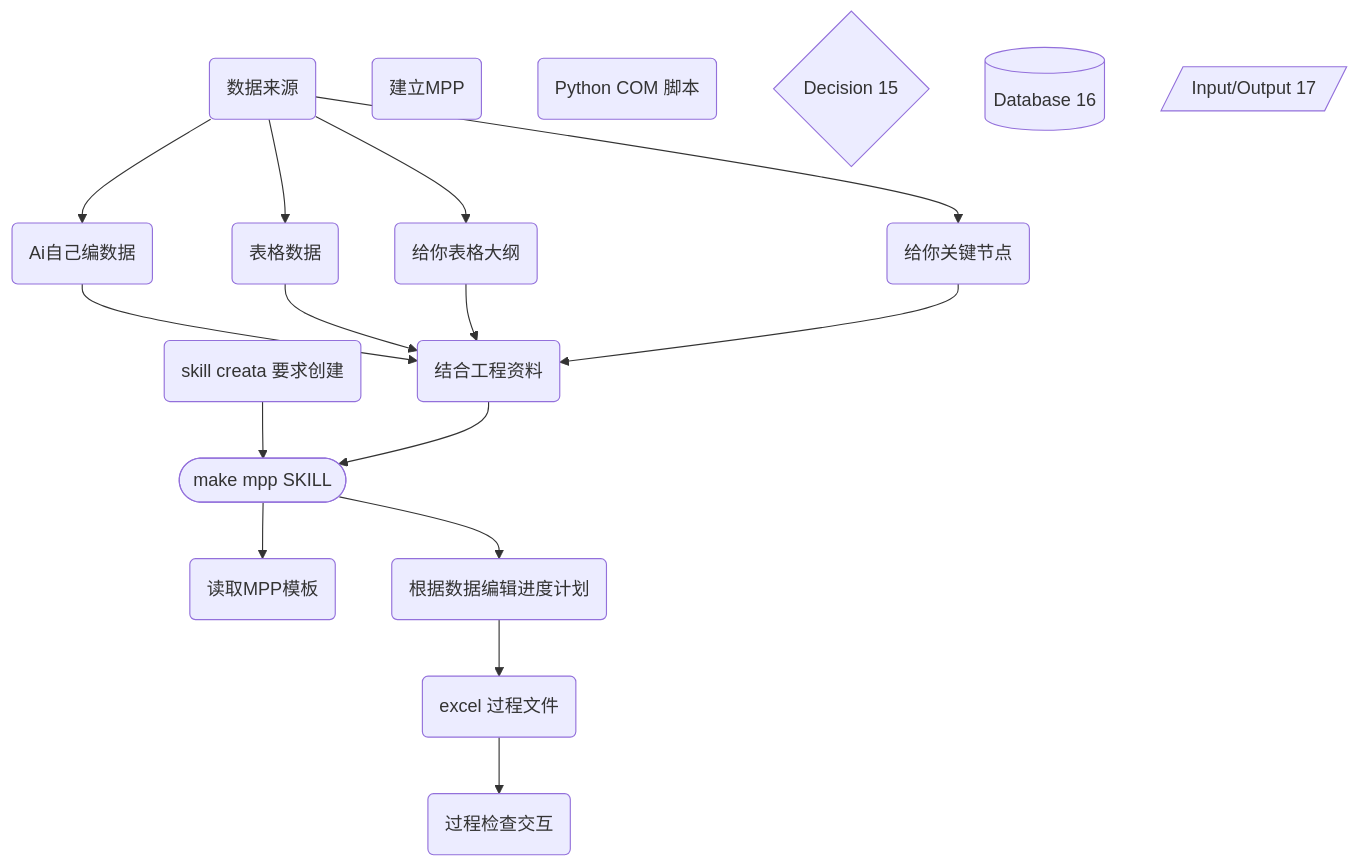
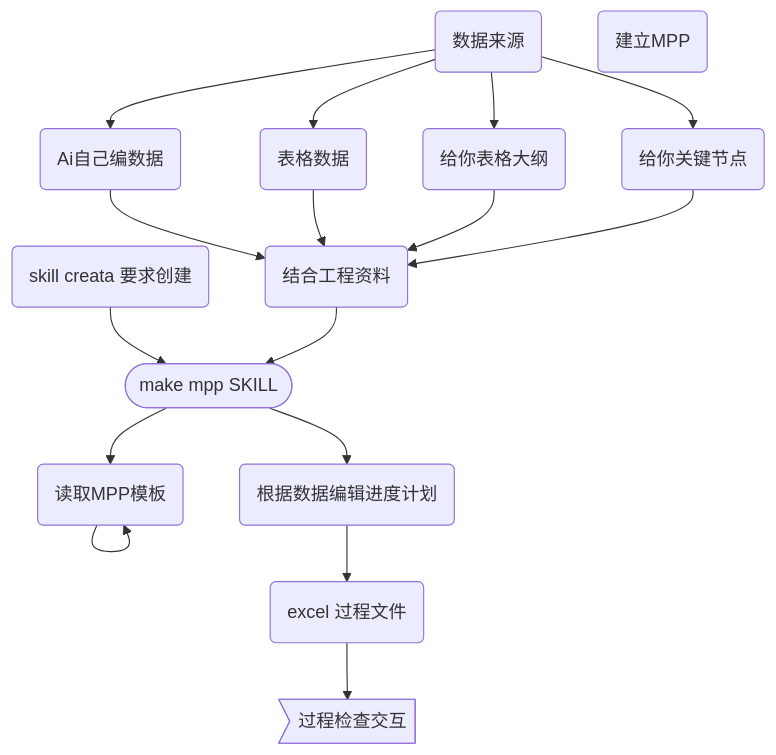
One commit to fireflysss/mermaid-notes changed the diagram in notes/进度MMP skill (local)_289c8ca6-dc65-4f5d-8e6f-773a3c6cc0dc.md. Above: the diagram before and after it, drawn with Mermaid. The commit also changed 3 other files, not shown here.

Commit message:
Sync Mermaid Studio data (11 diagrams)

````diff
--- a/notes/进度MMP skill (local)_289c8ca6-dc65-4f5d-8e6f-773a3c6cc0dc.md
+++ b/notes/进度MMP skill (local)_289c8ca6-dc65-4f5d-8e6f-773a3c6cc0dc.md
@@ -3,35 +3,32 @@
 ```mermaid
 flowchart TD
   n_0(["make mpp SKILL"])
   n_1("数据来源")
   n_2("skill  creata 要求创建")
   n_3("Ai自己编数据")
   n_4("表格数据")
   n_5("建立MPP")
   n_6("读取MPP模板")
-  n_7("Python COM 脚本")
-  n_8("给你表格大纲")
-  n_9("给你关键节点")
-  n_10("结合工程资料")
-  n_11("excel 过程文件")
-  n_12("根据数据编辑进度计划")
-  n_13("过程检查交互")
-  n_14{"Decision 15"}
-  n_15[("Database 16")]
-  n_16[/"Input/Output 17"/]
+  n_7("给你表格大纲")
+  n_8("给你关键节点")
+  n_9("结合工程资料")
+  n_10("excel 过程文件")
+  n_11("根据数据编辑进度计划")
+  n_12>"过程检查交互"]
   n_2 --> n_0
   n_0 --> n_6
   n_1 --> n_3
   n_1 --> n_4
+  n_1 --> n_7
   n_1 --> n_8
-  n_1 --> n_9
-  n_3 --> n_10
-  n_4 --> n_10
-  n_8 --> n_10
-  n_9 --> n_10
-  n_10 --> n_0
-  n_0 --> n_12
-  n_12 --> n_11
-  n_11 --> n_13
+  n_3 --> n_9
+  n_4 --> n_9
+  n_7 --> n_9
+  n_8 --> n_9
+  n_9 --> n_0
+  n_0 --> n_11
+  n_11 --> n_10
+  n_10 --> n_12
+  n_6 --> n_6
 
 ```
````
